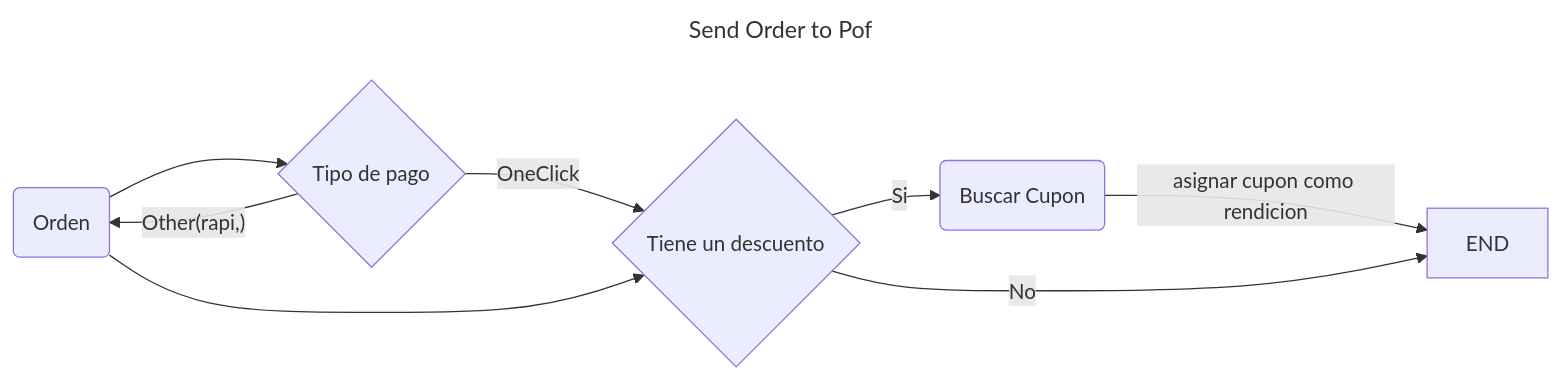
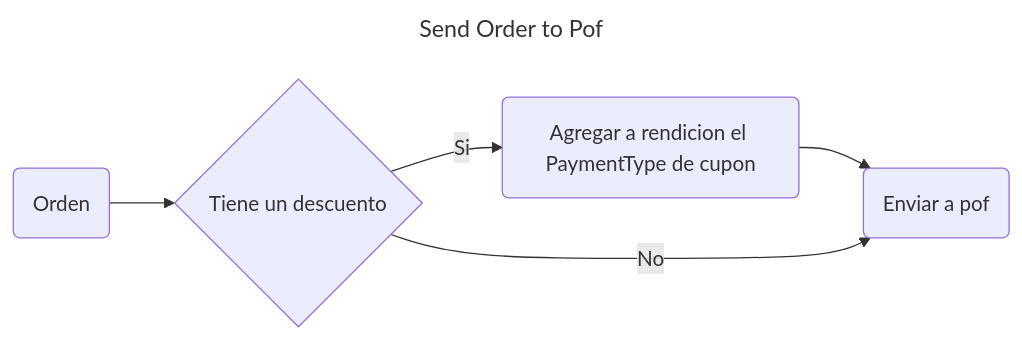
The fourth of 4 diagrams in 100_niufoods/03_projects/china_backend/documentation/orders/diagramns.md (javix70/personal_obsidian), drawn with Mermaid before and after one commit. The commit also changed other lines of this file and 3 other files, not shown here.

````diff
--- a/100_niufoods/03_projects/china_backend/documentation/orders/diagramns.md
+++ b/100_niufoods/03_projects/china_backend/documentation/orders/diagramns.md
@@ -110,14 +110,11 @@
 ```mermaid
 ---
 title: Send Order to Pof
 ---
 flowchart LR
-	S(Orden) --> A{Tipo de pago}
-	A -- OneClick --> B
-	A -- Other(rapi,) -->
-	S -->B{Tiene un descuento}
-	B -- Si --> C(Buscar Cupon)
-	C -->|asignar cupon como rendicion|END
-	B -- No --> END
+	S(Orden) --> A{Tiene un descuento}
+	A -- Si --> C(Agregar a rendicion el PaymentType de cupon)
+	C --> END(Enviar a pof)
+	A -- No --> END
     
 ```
````
